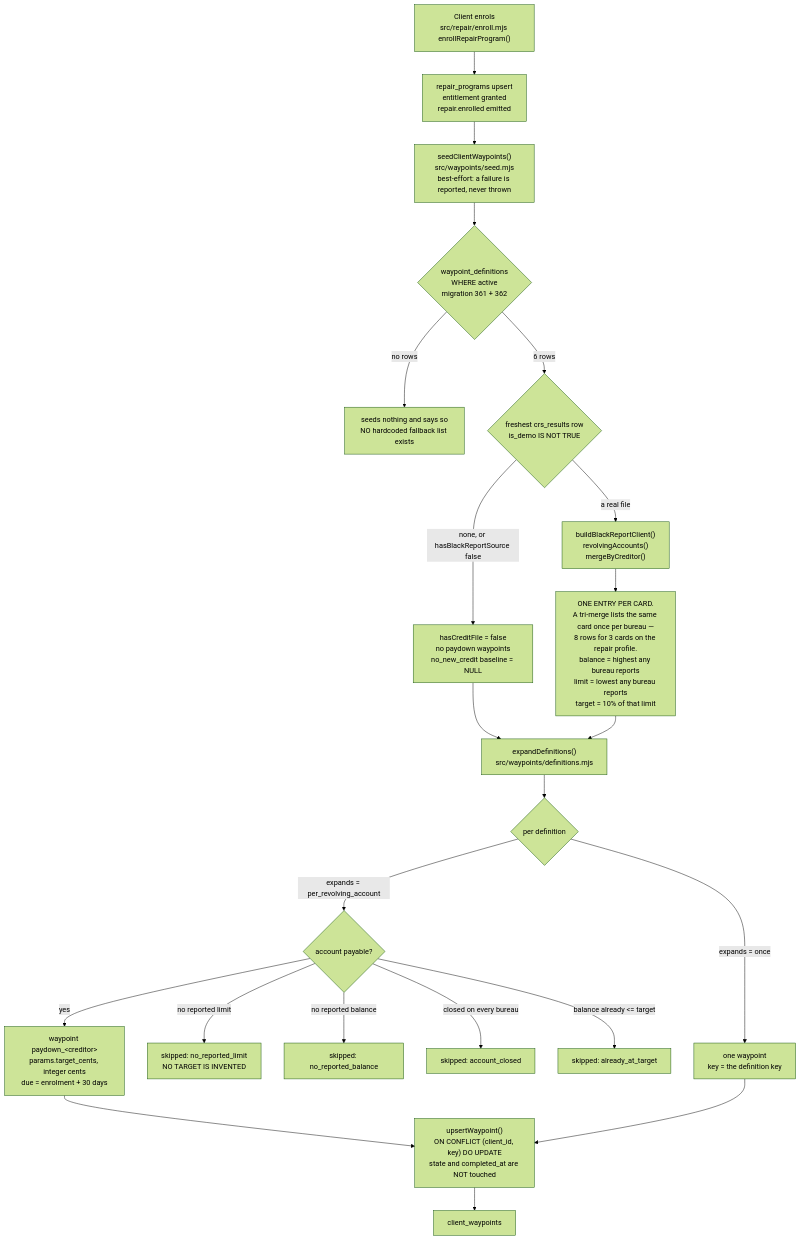
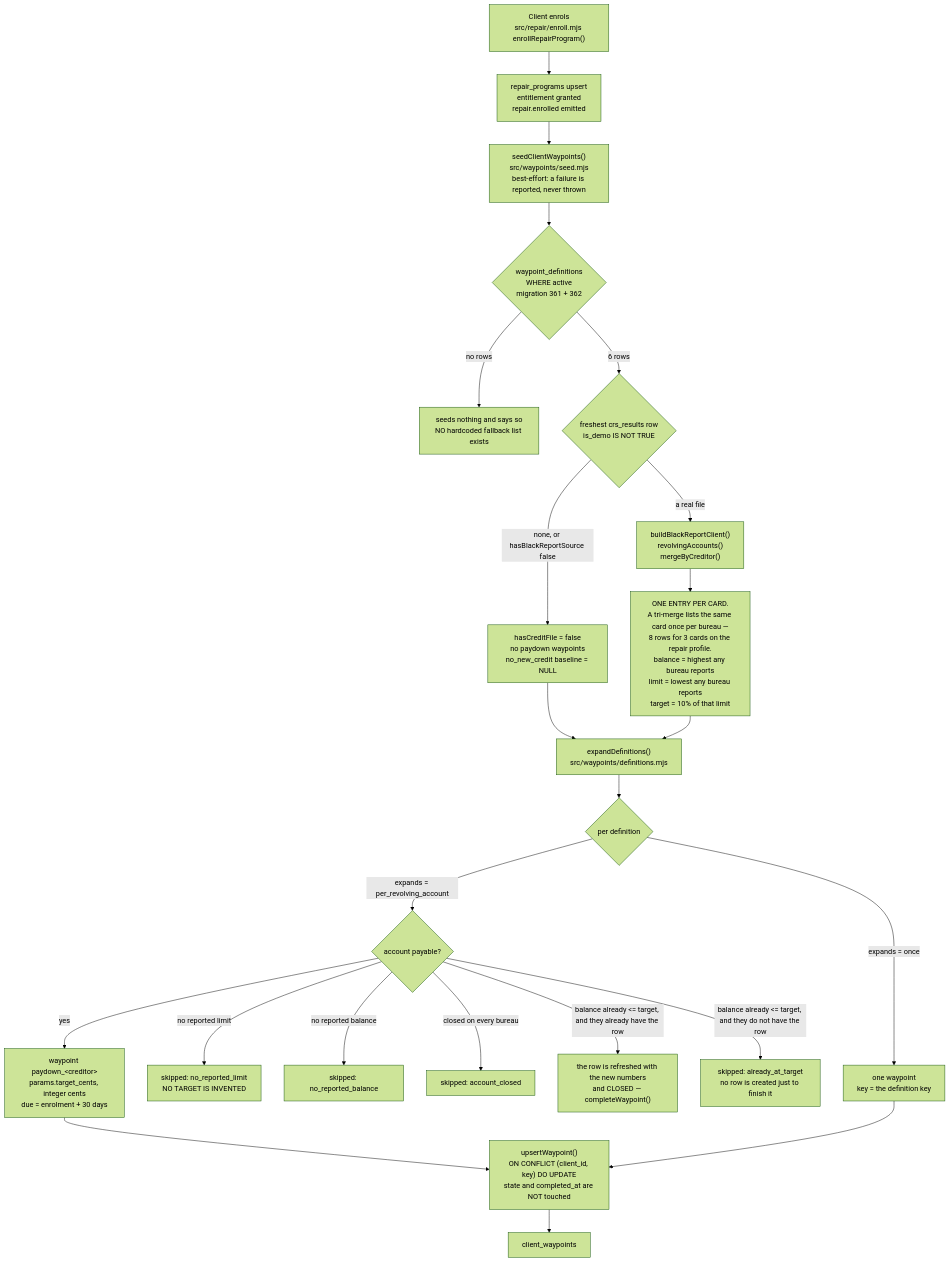
One commit to ZootimusMaximusSupreme/Fundhub_ai changed the first of 4 diagrams in docs/journeys/waypoint-seeding-actual.md. Above: the diagram before and after it, drawn with Mermaid (forest theme). The commit also changed other lines of this file and 11 other files, not shown here.

````diff
--- a/docs/journeys/waypoint-seeding-actual.md
+++ b/docs/journeys/waypoint-seeding-actual.md
@@ -33,31 +50,32 @@
 ```mermaid
 flowchart TD
     A["Client enrols<br/>src/repair/enroll.mjs enrollRepairProgram()"] --> B["repair_programs upsert<br/>entitlement granted<br/>repair.enrolled emitted"]
     B --> C["seedClientWaypoints()<br/>src/waypoints/seed.mjs<br/>best-effort: a failure is reported, never thrown"]
 
     C --> D{"waypoint_definitions<br/>WHERE active<br/>migration 361 + 362"}
     D -->|"no rows"| D0["seeds nothing and says so<br/>NO hardcoded fallback list exists"]
     D -->|"6 rows"| E{"freshest crs_results row<br/>is_demo IS NOT TRUE"}
 
     E -->|"none, or hasBlackReportSource false"| F["hasCreditFile = false<br/>no paydown waypoints<br/>no_new_credit baseline = NULL"]
     E -->|"a real file"| G["buildBlackReportClient()<br/>revolvingAccounts()<br/>mergeByCreditor()"]
 
     G --> G1["ONE ENTRY PER CARD.<br/>A tri-merge lists the same card once per bureau —<br/>8 rows for 3 cards on the repair profile.<br/>balance = highest any bureau reports<br/>limit = lowest any bureau reports<br/>target = 10% of that limit"]
 
     F --> H["expandDefinitions()<br/>src/waypoints/definitions.mjs"]
     G1 --> H
 
     H --> I{"per definition"}
     I -->|"expands = per_revolving_account"| J{"account payable?"}
     I -->|"expands = once"| K["one waypoint<br/>key = the definition key"]
 
     J -->|"no reported limit"| J1["skipped: no_reported_limit<br/>NO TARGET IS INVENTED"]
     J -->|"no reported balance"| J2["skipped: no_reported_balance"]
     J -->|"closed on every bureau"| J3["skipped: account_closed"]
-    J -->|"balance already <= target"| J4["skipped: already_at_target"]
+    J -->|"balance already &lt;= target, and they already have the row"| J4["the row is refreshed with the new numbers<br/>and CLOSED — completeWaypoint()"]
+    J -->|"balance already &lt;= target, and they do not have the row"| J4b["skipped: already_at_target<br/>no row is created just to finish it"]
     J -->|"yes"| J5["waypoint paydown_&lt;creditor&gt;<br/>params.target_cents, integer cents<br/>due = enrolment + 30 days"]
 
     J5 --> L["upsertWaypoint()<br/>ON CONFLICT (client_id, key) DO UPDATE<br/>state and completed_at are NOT touched"]
     K --> L
     L --> M["client_waypoints"]
 ```
````
